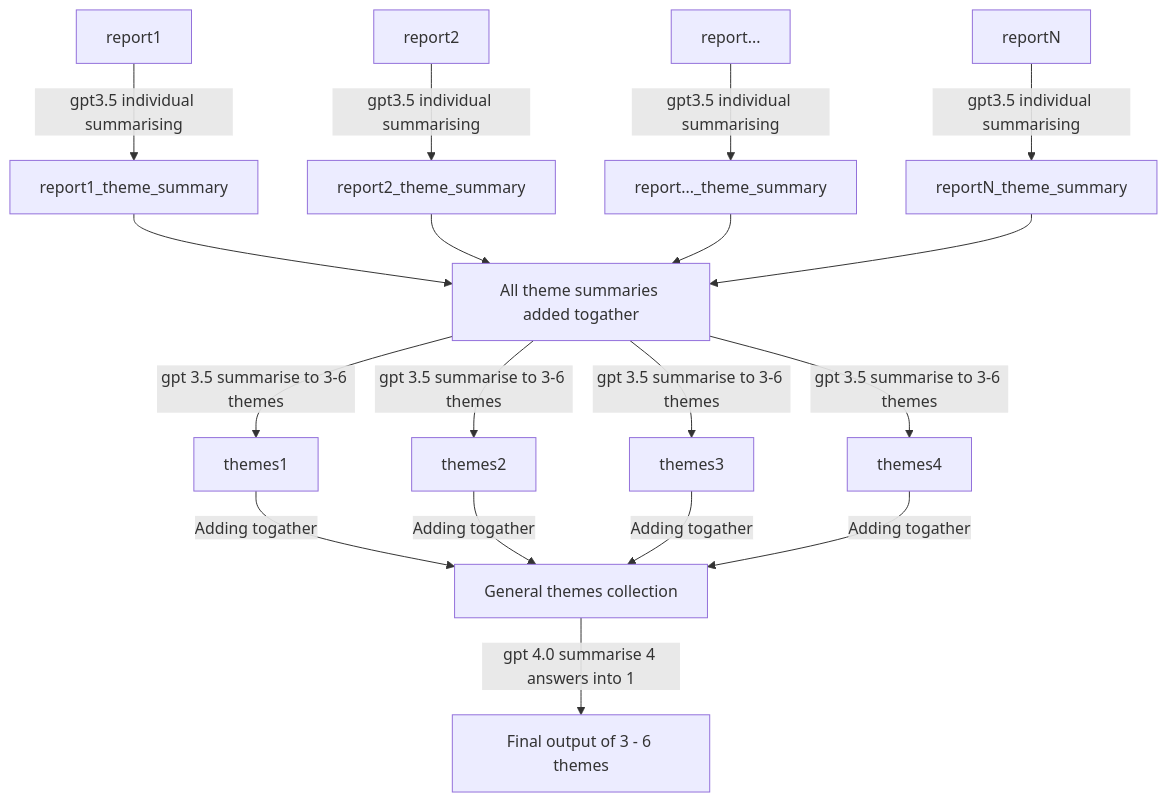
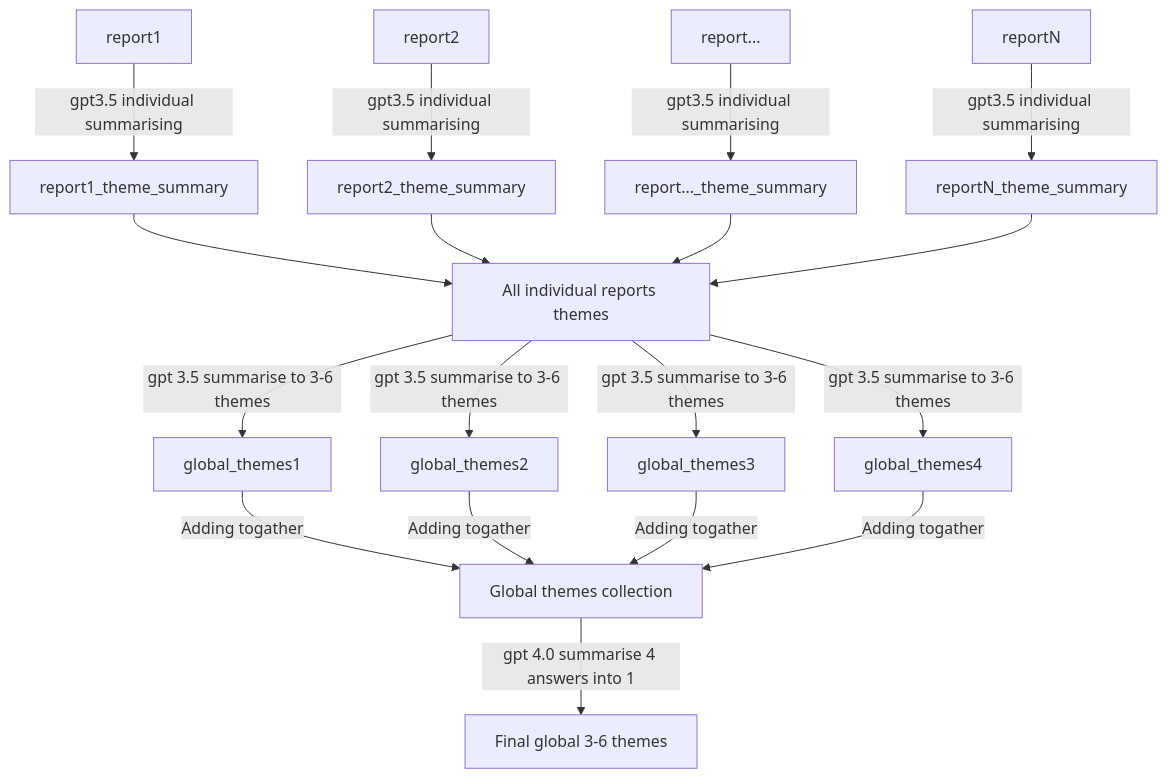
Before and after one commit to 1jamesthompson1/TAIC-report-summary: the second of 2 diagrams in Uni project documents/Final Report/21011195_159333_Final_Report.md, drawn with Mermaid. The commit also changed other lines of this file and 7 other files, not shown here.

```diff
--- a/Uni project documents/Final Report/21011195_159333_Final_Report.md
+++ b/Uni project documents/Final Report/21011195_159333_Final_Report.md
@@ -188,25 +280,25 @@
 ~~~mermaid
 graph TB
 
 report1 -->|gpt3.5 individual summarising| report1_theme_summary
 report2 -->|gpt3.5 individual summarising| report2_theme_summary
 report... -->|gpt3.5 individual summarising| report..._theme_summary
 reportN -->|gpt3.5 individual summarising| reportN_theme_summary
 
-report1_theme_summary --> collection[All theme summaries added togather]
+report1_theme_summary --> collection[All individual reports themes]
 report2_theme_summary --> collection
 report..._theme_summary --> collection
 reportN_theme_summary --> collection
 
-collection -->|gpt 3.5 summarise to 3-6 themes| themes1
-collection -->|gpt 3.5 summarise to 3-6 themes| themes2
-collection -->|gpt 3.5 summarise to 3-6 themes| themes3
-collection -->|gpt 3.5 summarise to 3-6 themes| themes4
+collection -->|gpt 3.5 summarise to 3-6 themes| global_themes1
+collection -->|gpt 3.5 summarise to 3-6 themes| global_themes2
+collection -->|gpt 3.5 summarise to 3-6 themes| global_themes3
+collection -->|gpt 3.5 summarise to 3-6 themes| global_themes4
 
-themes1 -->|Adding togather| general_themes[General themes collection]
-themes2 -->|Adding togather| general_themes[General themes collection]
-themes3 -->|Adding togather| general_themes[General themes collection]
-themes4 -->|Adding togather| general_themes[General themes collection]
+global_themes1 -->|Adding togather| global_collated[Global themes collection]
+global_themes2 -->|Adding togather| global_collated
+global_themes3 -->|Adding togather| global_collated
+global_themes4 -->|Adding togather| global_collated
 
-general_themes -->|gpt 4.0 summarise 4 answers into 1| final[Final output of 3 - 6 themes]
+global_collated -->|gpt 4.0 summarise 4 answers into 1| final[Final global 3-6 themes]
 ~~~
```
